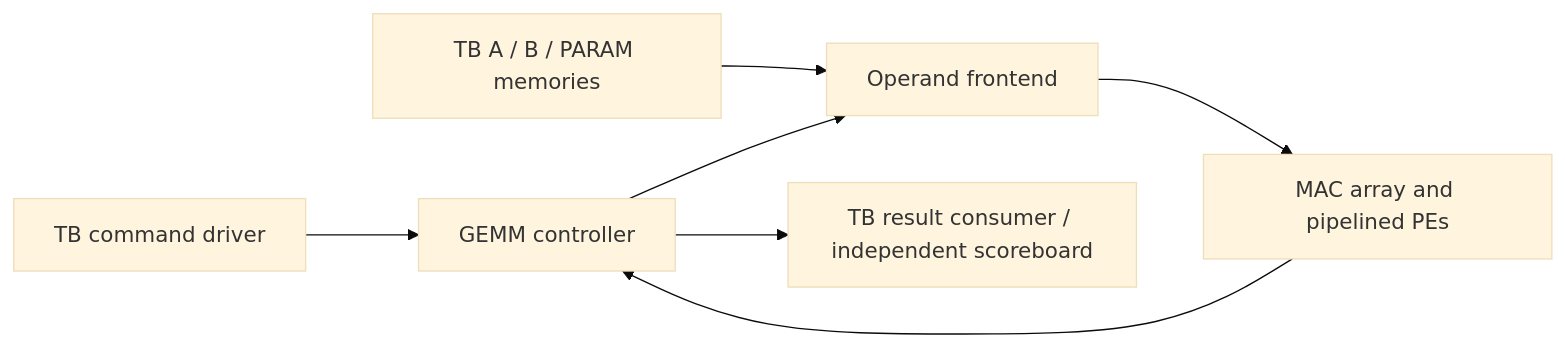
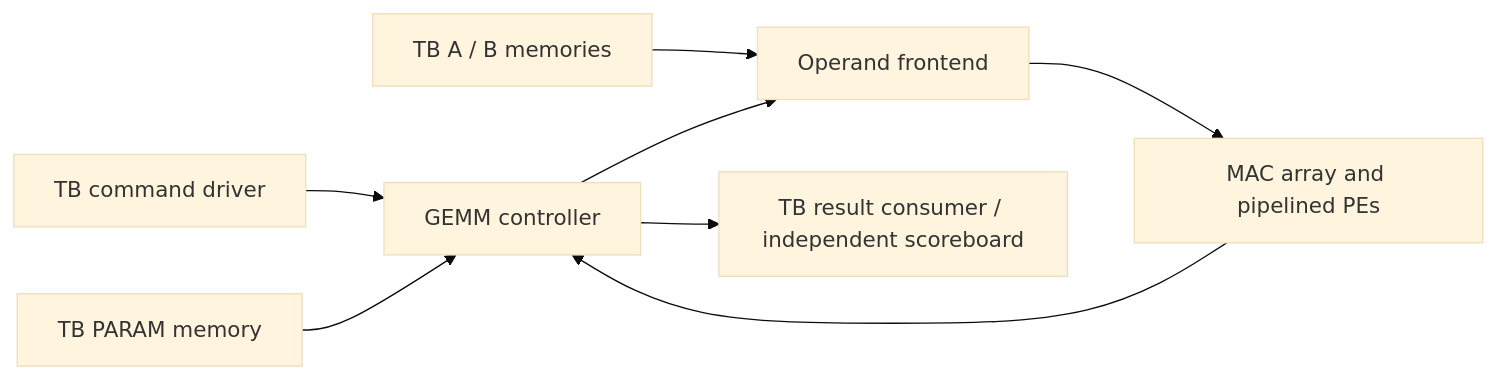
Before and after one commit to michaelgirg/raven: the second of 2 diagrams in README.md, drawn with Mermaid (base theme). The commit also changed other lines of this file and 9 other files, not shown here.

````diff
--- a/README.md
+++ b/README.md
@@ -72,9 +72,10 @@
 ```mermaid
 flowchart LR
     DRIVER["TB command driver"] --> CORE["GEMM controller"]
-    MEMORY["TB A / B / PARAM memories"] --> FRONT["Operand frontend"]
+    MEMORY["TB A / B memories"] --> FRONT["Operand frontend"]
+    PARAM["TB PARAM memory"] --> CORE
     CORE --> FRONT
     FRONT --> ARRAY["MAC array and pipelined PEs"]
     ARRAY --> CORE
     CORE --> CHECK["TB result consumer / independent scoreboard"]
 ```
````
